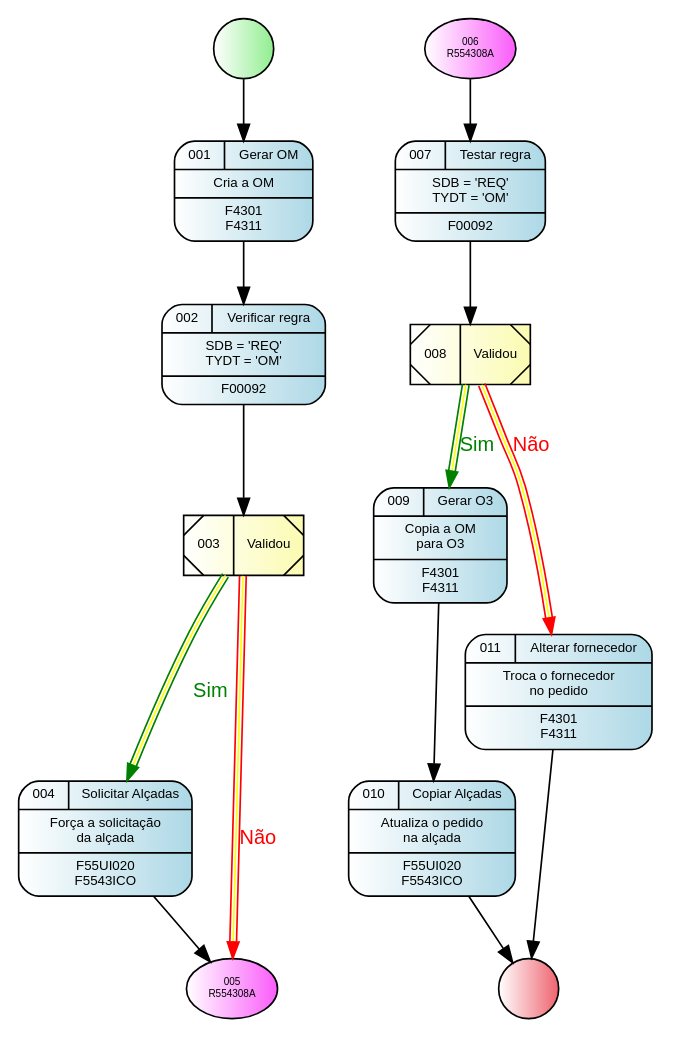
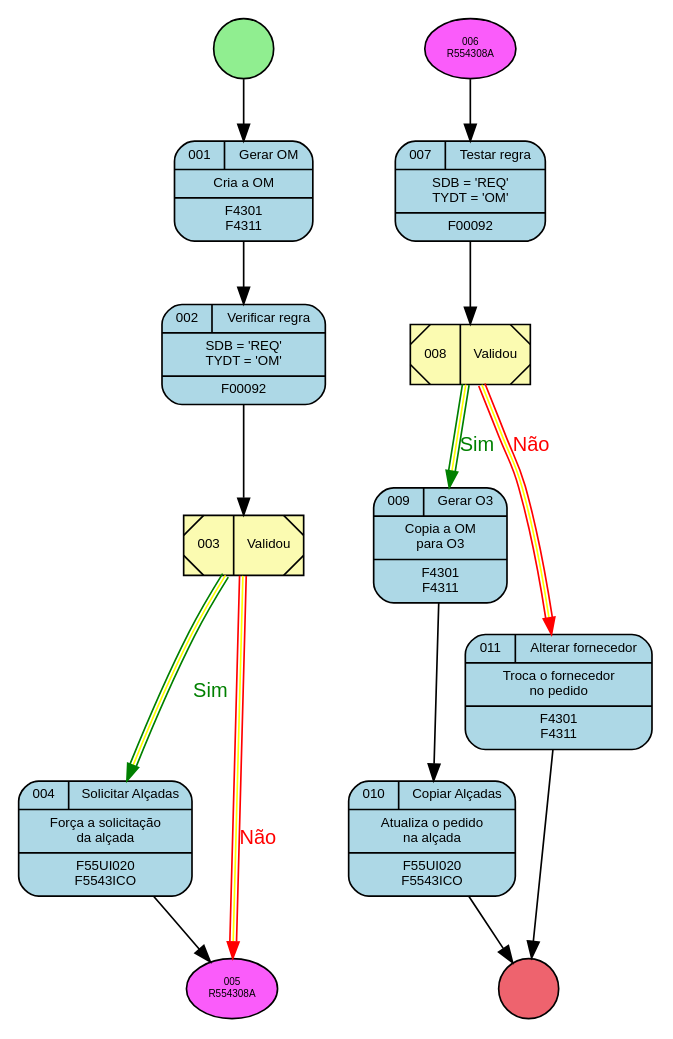
The diagram in OM Process.gv (GiovaniPM/Graphs), drawn with Graphviz before and after one commit.

Commit message:
giova(DESKTOP-PG18CKU) 201025195502

```diff
--- a/OM Process.gv
+++ b/OM Process.gv
@@ -1,115 +1,115 @@
 digraph R {
     nodeini [
                 shape=circle,
                 style="filled",
-                fillcolor="white:lightgreen",
+                fillcolor="lightgreen",
                 label=""
             ]
     node001 [
                 fontname = "Arial",
                 fontsize = 8,
                 shape=record,
                 style="rounded,filled",
-                fillcolor="white:lightblue"
+                fillcolor="lightblue"
                 label="{{001|Gerar OM}|Cria a OM|F4301\nF4311}"
             ]
     node002 [
                 fontname = "Arial",
                 fontsize = 8,
                 shape=record,
                 style="rounded,filled",
-                fillcolor="white:lightblue"
+                fillcolor="lightblue"
                 label="{{002|Verificar regra}|SDB = 'REQ'\nTYDT = 'OM'|F00092}"
             ]
     node003 [
                 fontname = "Arial",
                 fontsize = 8,
                 shape=record,
                 style="diagonals,filled",
-                fillcolor="white:#fbfbb1"
+                fillcolor="#fbfbb1"
                 label="003|Validou"
             ]
     node004 [
                 fontname = "Arial",
                 fontsize = 8,
                 shape=record,
                 style="rounded,filled",
-                fillcolor="white:lightblue"
+                fillcolor="lightblue"
                 label="{{004|Solicitar Alçadas}|Força a solicitação\nda alçada|F55UI020\nF5543ICO}"
             ]
     node005 [
                 fontname = "Arial",
                 fontsize = 6,
                 shape=ellipse,
                 style="filled",
-                fillcolor="white:#fa5cfa",
+                fillcolor="#fa5cfa",
                 label="005\nR554308A"
             ]
     node006 [
                 fontname = "Arial",
                 fontsize = 6,
                 shape=ellipse,
                 style="filled",
-                fillcolor="white:#fa5cfa",
+                fillcolor="#fa5cfa",
                 label="006\nR554308A"
             ]
     node007 [
                 fontname = "Arial",
                 fontsize = 8,
                 shape=record,
                 style="rounded,filled",
-                fillcolor="white:lightblue"
+                fillcolor="lightblue"
                 label="{{007|Testar regra}|SDB = 'REQ'\nTYDT = 'OM'|F00092}"
             ]
     node008 [
                 fontname = "Arial",
                 fontsize = 8,
                 shape=record,
                 style="diagonals,filled",
-                fillcolor="white:#fbfbb1"
+                fillcolor="#fbfbb1"
                 label="008|Validou"
             ]
     node009 [
                 fontname = "Arial",
                 fontsize = 8,
                 shape=record,
                 style="rounded,filled",
-                fillcolor="white:lightblue"
+                fillcolor="lightblue"
                 label="{{009|Gerar O3}|Copia a OM\npara O3|F4301\nF4311}"
             ]
     node010 [
                 fontname = "Arial",
                 fontsize = 8,
                 shape=record,
                 style="rounded,filled",
-                fillcolor="white:lightblue"
+                fillcolor="lightblue"
                 label="{{010|Copiar Alçadas}|Atualiza o pedido\nna alçada|F55UI020\nF5543ICO}"
             ]
     node011 [
                 fontname = "Arial",
                 fontsize = 8,
                 shape=record,
                 style="rounded,filled",
-                fillcolor="white:lightblue"
+                fillcolor="lightblue"
                 label="{{011|Alterar fornecedor}|Troca o fornecedor\nno pedido|F4301\nF4311}"
             ]
     nodefin [
                 shape=circle,
                 style="filled",
-                fillcolor="white:#ee636e",
+                fillcolor="#ee636e",
                 label=""
             ]
     nodeini -> node001
     node001 -> node002
     node002 -> node003
     node003 -> node004 [fontname = "Arial", fontsize = 12, fontcolor="green", color="green:yellow:green", label="Sim"]
     node003 -> node005 [fontname = "Arial", fontsize = 12, fontcolor="red", color="red:yellow:red", label="Não"]
     node004 -> node005
     node006 -> node007
     node007 -> node008
     node008 -> node009 [fontname = "Arial", fontsize = 12, fontcolor="green", color="green:yellow:green", label="Sim"]
     node009 -> node010
     node010 -> nodefin
     node008 -> node011 [fontname = "Arial", fontsize = 12, fontcolor="red", color="red:yellow:red", label="Não"]
     node011 -> nodefin
 }
```
